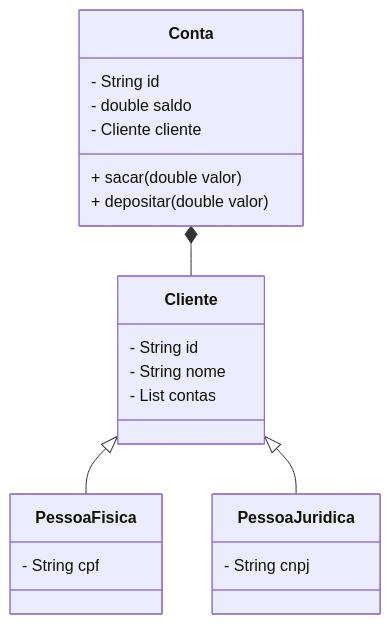
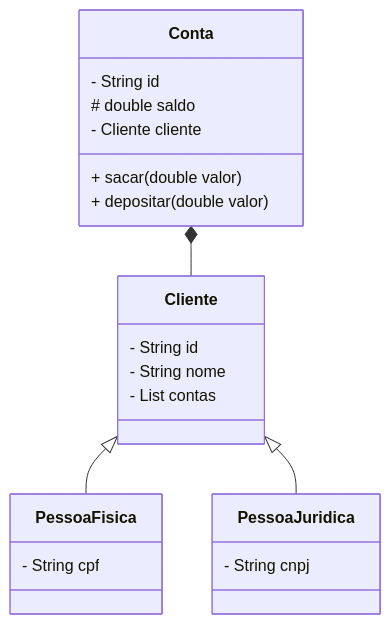
Before and after one commit to akemi-m/mercadinho-backend: the second of 2 diagrams in README.md, drawn with Mermaid. The commit also changed 7 other files, not shown here.

````diff
--- a/README.md
+++ b/README.md
@@ -123,24 +123,24 @@
 ``` mermaid
 classDiagram
     class Conta {
         - String id
-        - double saldo
+        # double saldo
         - Cliente cliente
         + sacar(double valor)
         + depositar(double valor)
     }
     class Cliente {
         - String id
         - String nome
         - List<Conta> contas
     }
     class PessoaFisica {
         - String cpf
     }
     class PessoaJuridica {
         - String cnpj
     }
     Conta *-- Cliente
     Cliente <|-- PessoaFisica
     Cliente <|-- PessoaJuridica
 ```
````
